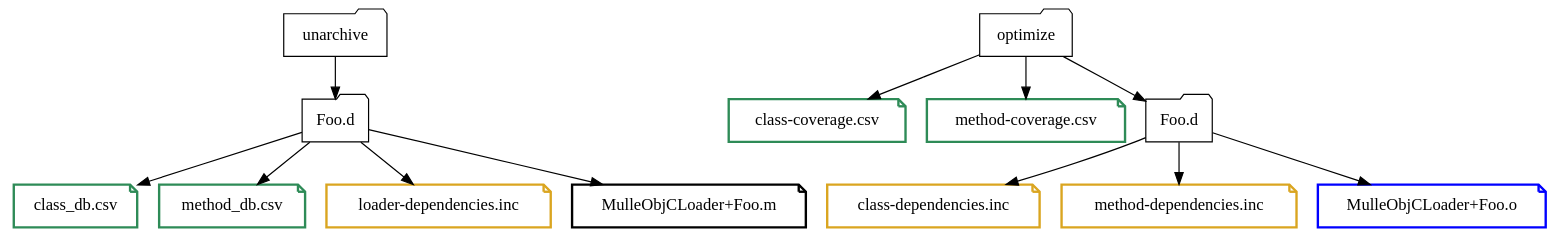
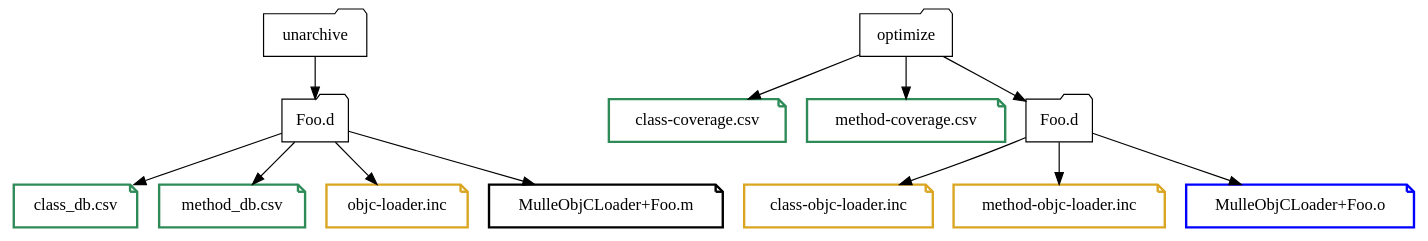
The diagram in dox/opti_5.dot (mulle-objc/mulle-objc-list), drawn with Graphviz before and after one commit. The commit also changed 36 other files, not shown here.

Commit message:
modernize mulle-sde * rename mulle-objc-create-dependencies-inc to mulle-objc-loader-tool

```diff
--- a/dox/opti_5.dot
+++ b/dox/opti_5.dot
@@ -1,39 +1,39 @@
 digraph optimizer {
 
    node [ shape="note"]
 
    "unarchive" -> "Foo.d"
    "Foo.d" -> "class_db.csv"
    "Foo.d" -> "method_db.csv"
-   "Foo.d" -> "loader-dependencies.inc"
+   "Foo.d" -> "objc-loader.inc"
    "Foo.d" -> "MulleObjCLoader+Foo.m"
 
    "unarchive" [ shape="folder" ]
    "Foo.d" [ shape="folder" ]
 
    "class_db.csv"   [ penwidth=2, color="seagreen"]
    "method_db.csv"  [ penwidth=2, color="seagreen"]
 
-   "loader-dependencies.inc" [ penwidth=2, color="goldenrod" ]
+   "objc-loader.inc" [ penwidth=2, color="goldenrod" ]
 
    "MulleObjCLoader+Foo.m" [ penwidth=2 ]
 
    "optimize" -> "class-coverage.csv"
    "optimize" -> "method-coverage.csv"
    "class-coverage.csv"  [ penwidth=2, color="seagreen"]
    "method-coverage.csv" [ penwidth=2, color="seagreen"]
 
    "optimize" [ shape="folder" ]
 
    "optimize" -> "Foo2.d"
 
    "Foo2.d" [ label="Foo.d", shape="folder" ]
-   "Foo2.d" -> "class-dependencies.inc"
-   "Foo2.d" -> "method-dependencies.inc"
+   "Foo2.d" -> "class-objc-loader.inc"
+   "Foo2.d" -> "method-objc-loader.inc"
    "Foo2.d" -> "MulleObjCLoader+Foo.o"
 
    "MulleObjCLoader+Foo.o" [ penwidth=2, color="blue" ]
 
-   "class-dependencies.inc"    [ penwidth=2, color="goldenrod"]
-   "method-dependencies.inc"   [ penwidth=2, color="goldenrod" ]
+   "class-objc-loader.inc"    [ penwidth=2, color="goldenrod"]
+   "method-objc-loader.inc"   [ penwidth=2, color="goldenrod" ]
 }
```
